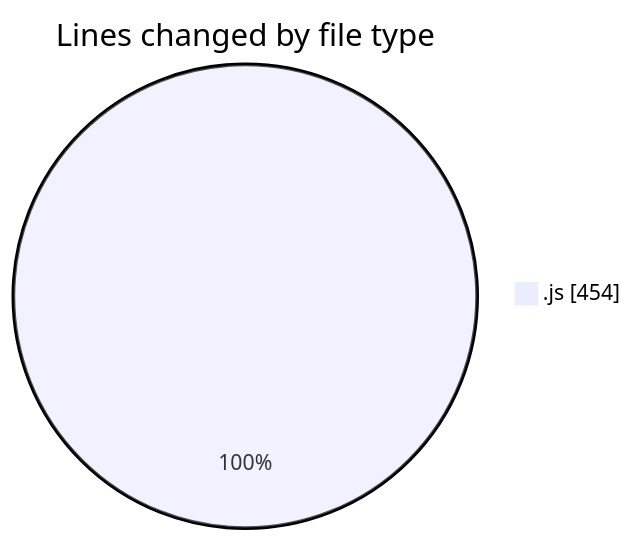
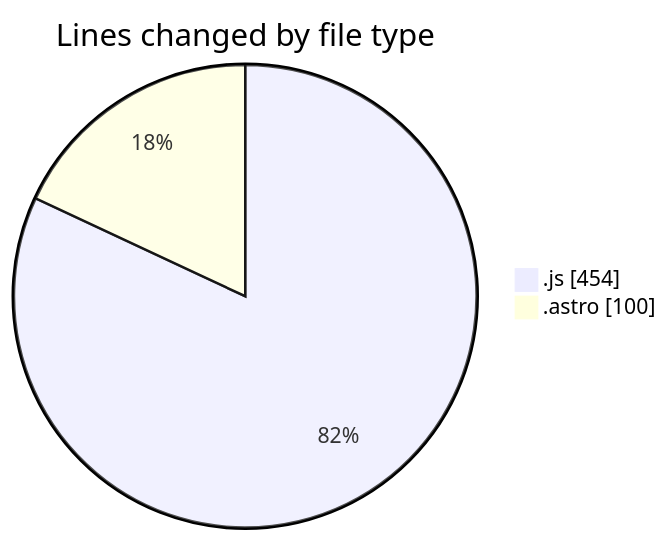
The first of 2 diagrams in 2025-01-30/masmsite/README.md (charlie-sans/code-tracking), drawn with Mermaid before and after one commit. The commit also changed other lines of this file and 1 other file, not shown here.

````diff
--- a/2025-01-30/masmsite/README.md
+++ b/2025-01-30/masmsite/README.md
@@ -20,5 +21,6 @@
 ```mermaid
 pie showData
 title Lines changed by file type
 ".js" : 454
+".astro" : 100
 ```
````
